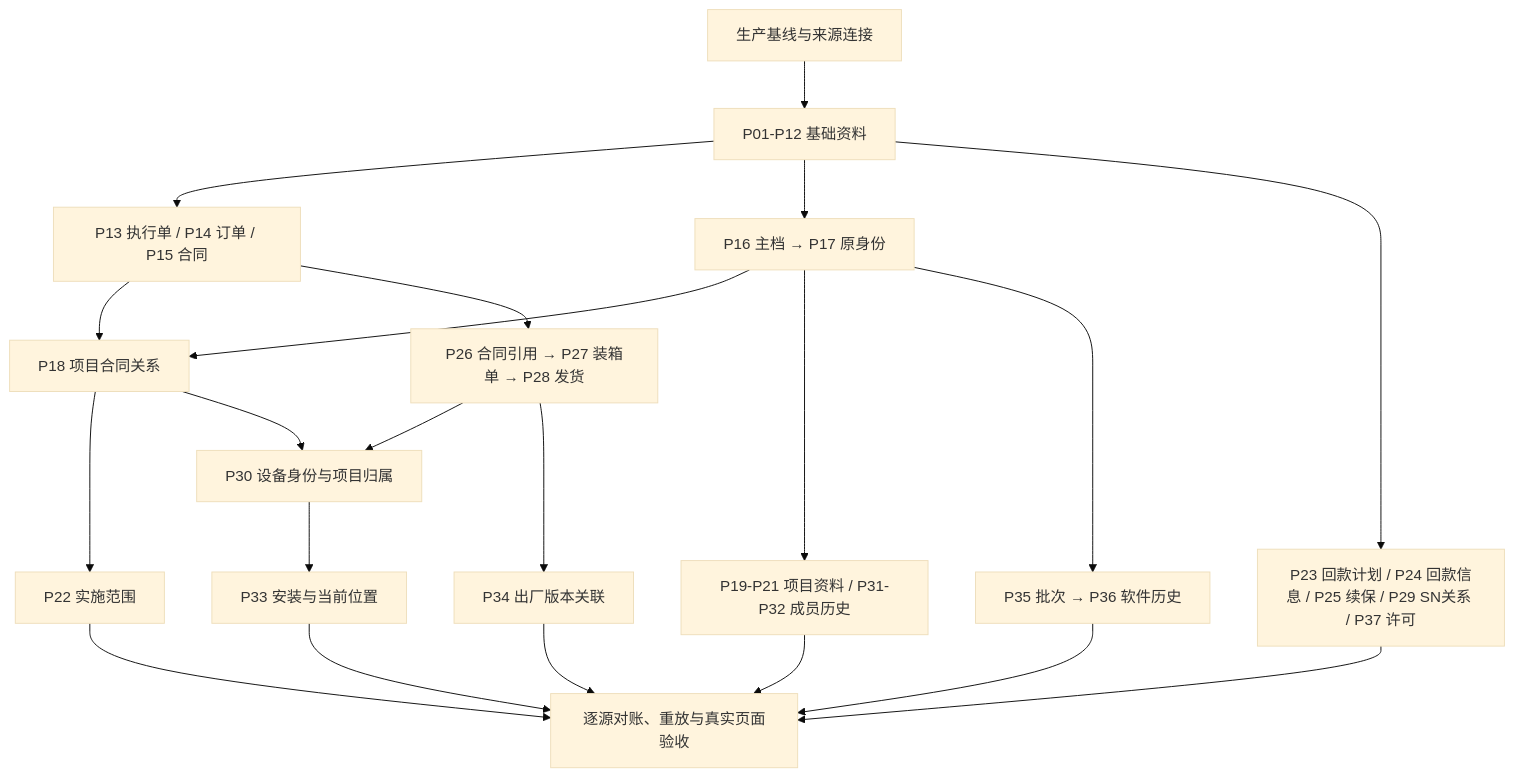
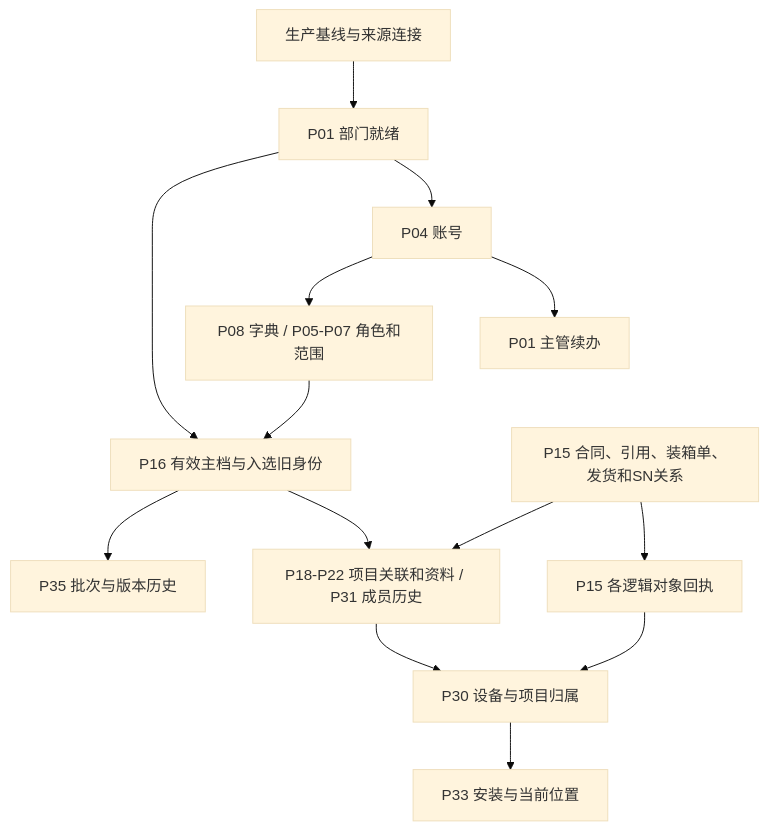
Before and after one commit to wrck/NPDMS: the diagram in docs/superpowers/plans/2026-10-14-dppms-production-migration.md, drawn with Mermaid (base theme). The commit also changed other lines of this file and 340 other files, not shown here.

````diff
--- a/docs/superpowers/plans/2026-10-14-dppms-production-migration.md
+++ b/docs/superpowers/plans/2026-10-14-dppms-production-migration.md
@@ -351,23 +308,16 @@
 ```mermaid
 flowchart TD
-  A[生产基线与来源连接] --> B[P01-P12 基础资料]
-  B --> C[P13 执行单 / P14 订单 / P15 合同]
-  B --> D[P16 主档 → P17 原身份]
-  C --> E[P18 项目合同关系]
-  D --> E
-  E --> F[P22 实施范围]
-  D --> G[P19-P21 项目资料 / P31-P32 成员历史]
-  C --> H[P26 合同引用 → P27 装箱单 → P28 发货]
-  H --> I[P30 设备身份与项目归属]
-  E --> I
-  I --> J[P33 安装与当前位置]
-  D --> K[P35 批次 → P36 软件历史]
-  H --> L[P34 出厂版本关联]
-  B --> M[P23 回款计划 / P24 回款信息 / P25 续保 / P29 SN关系 / P37 许可]
-  F --> N[逐源对账、重放与真实页面验收]
-  G --> N
-  J --> N
-  K --> N
-  L --> N
-  M --> N
+  A[生产基线与来源连接] --> B[P01 部门就绪]
+  B --> C[P04 账号]
+  C --> D[P01 主管续办]
+  C --> E[P08 字典 / P05-P07 角色和范围]
+  B --> F[P16 有效主档与入选旧身份]
+  E --> F
+  F --> G[P18-P22 项目关联和资料 / P31 成员历史]
+  H[P15 合同、引用、装箱单、发货和SN关系] --> I[P15 各逻辑对象回执]
+  H --> G
+  I --> J[P30 设备与项目归属]
+  G --> J
+  J --> K[P33 安装与当前位置]
+  F --> L[P35 批次与版本历史]
 ```
````
